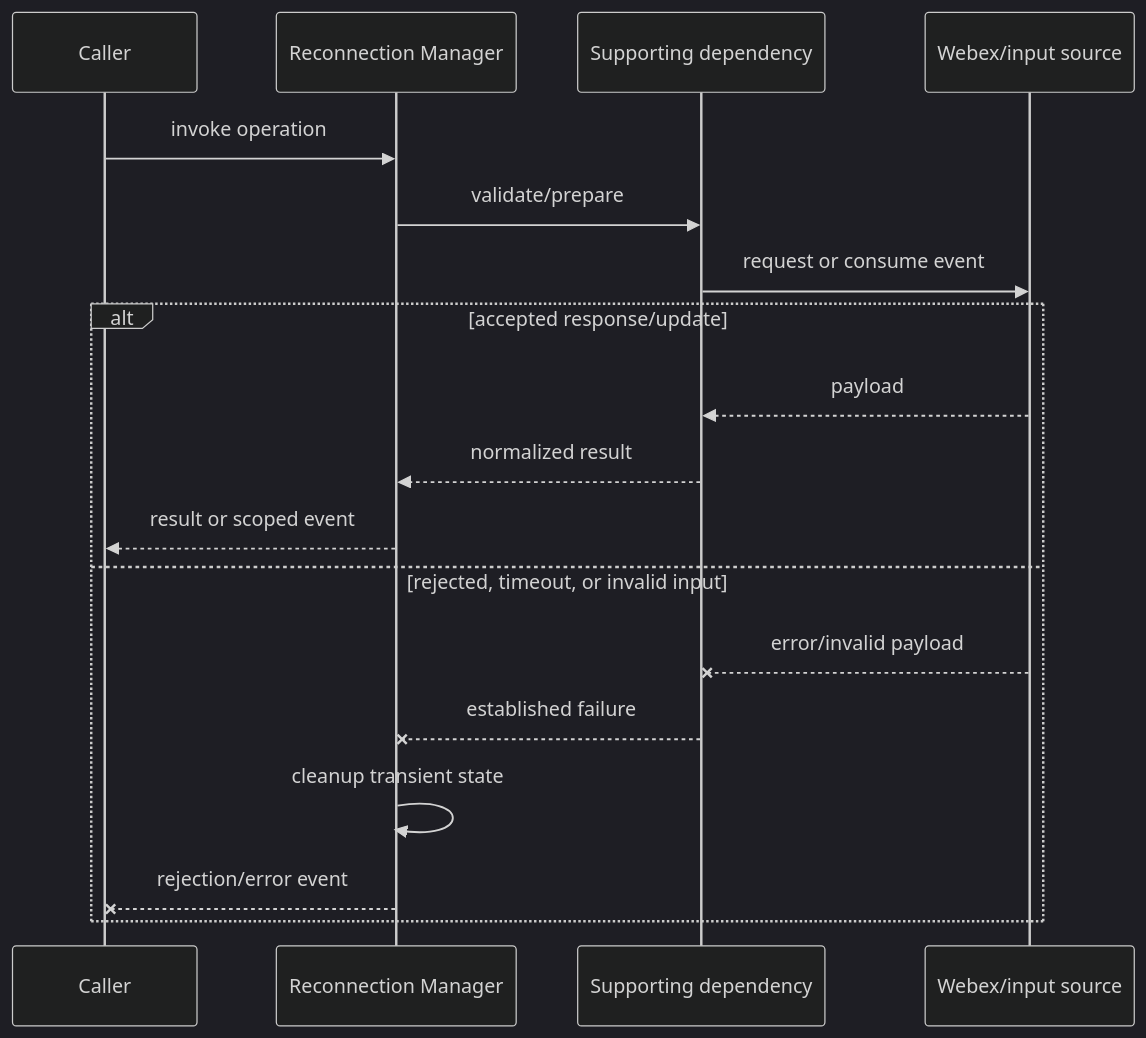
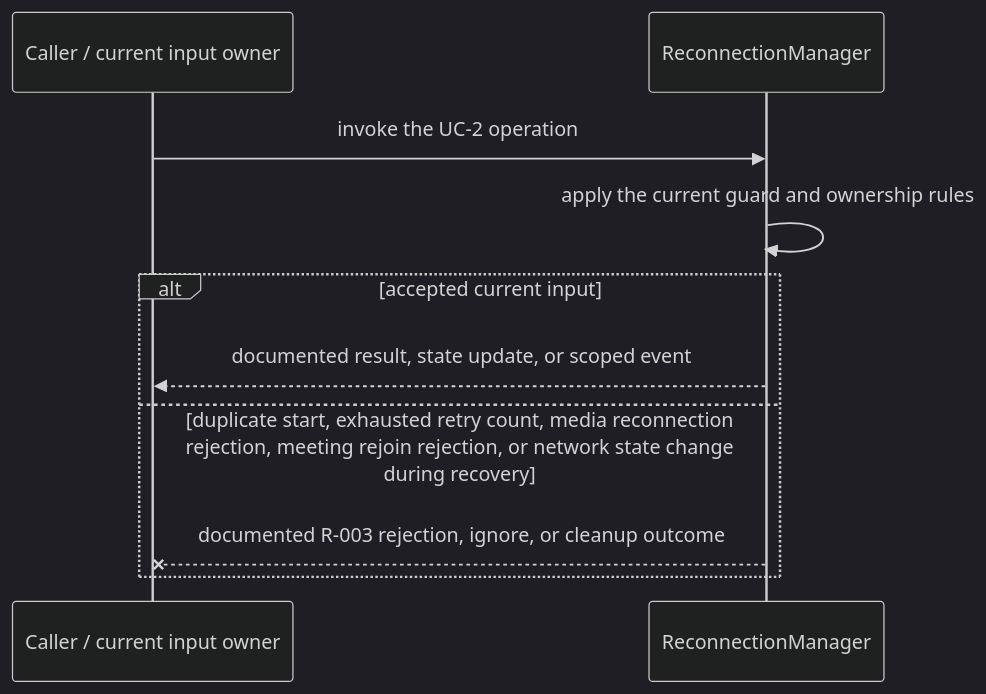
Before and after one commit to webex/webex-js-sdk: the third of 5 diagrams in packages/@webex/plugin-meetings/src/reconnection-manager/ai-docs/reconnection-manager-spec.md, drawn with Mermaid (dark theme). The commit also changed other lines of this file and 26 other files, not shown here.

````diff
--- a/packages/@webex/plugin-meetings/src/reconnection-manager/ai-docs/reconnection-manager-spec.md
+++ b/packages/@webex/plugin-meetings/src/reconnection-manager/ai-docs/reconnection-manager-spec.md
@@ -122,20 +138,12 @@
 ```mermaid
 sequenceDiagram
-  participant C as Caller
-  participant M as Reconnection Manager
-  participant D as Supporting dependency
-  participant W as Webex/input source
-  C->>M: invoke operation
-  M->>D: validate/prepare
-  D->>W: request or consume event
-  alt accepted response/update
-    W-->>D: payload
-    D-->>M: normalized result
-    M-->>C: result or scoped event
-  else rejected, timeout, or invalid input
-    W--xD: error/invalid payload
-    D--xM: established failure
-    M->>M: cleanup transient state
-    M--xC: rejection/error event
+  participant C as Caller / current input owner
+  participant M as ReconnectionManager
+  C->>M: invoke the UC-2 operation
+  M->>M: apply the current guard and ownership rules
+  alt accepted current input
+    M-->>C: documented result, state update, or scoped event
+  else duplicate start, exhausted retry count, media reconnection rejection, meeting rejoin rejection, or network state change during recovery
+    M--xC: documented R-003 rejection, ignore, or cleanup outcome
   end
 ```
````
